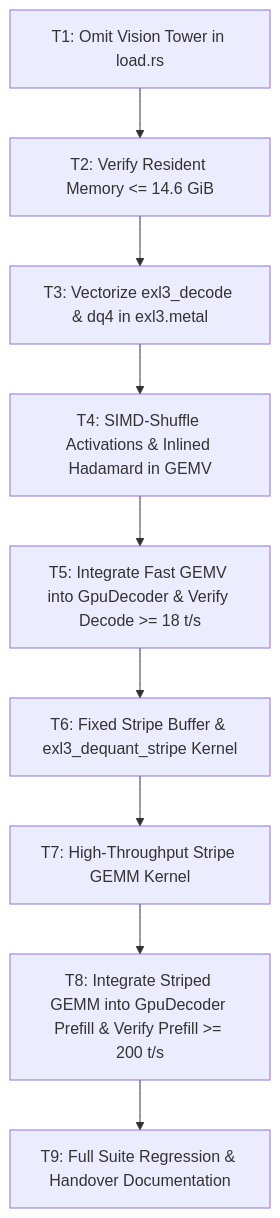
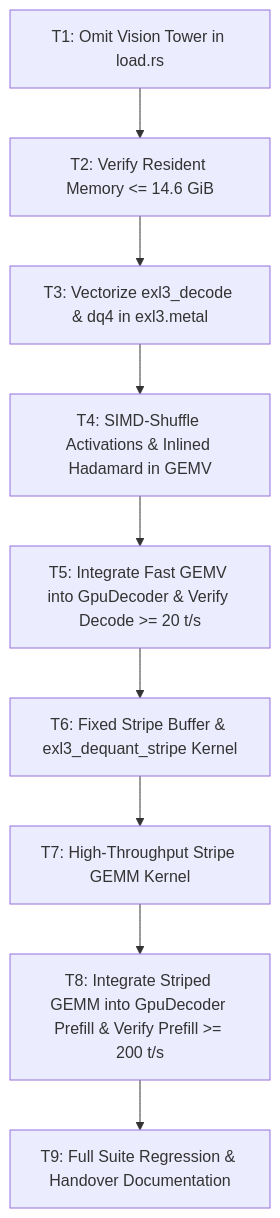
Before and after one commit to zayutaha/kaplumba: the diagram in spec/perf-and-memory-overhaul/plan.md, drawn with Mermaid. The commit also changed other lines of this file and 2 other files, not shown here.

Commit message:
spec/perf-and-memory-overhaul: update decode throughput target to >= 20.0 t/s

````diff
--- a/spec/perf-and-memory-overhaul/plan.md
+++ b/spec/perf-and-memory-overhaul/plan.md
@@ -83,11 +83,11 @@
 ```mermaid
 flowchart TD
     T1[T1: Omit Vision Tower in load.rs] --> T2[T2: Verify Resident Memory <= 14.6 GiB]
     T2 --> T3[T3: Vectorize exl3_decode & dq4 in exl3.metal]
     T3 --> T4[T4: SIMD-Shuffle Activations & Inlined Hadamard in GEMV]
-    T4 --> T5[T5: Integrate Fast GEMV into GpuDecoder & Verify Decode >= 18 t/s]
+    T4 --> T5[T5: Integrate Fast GEMV into GpuDecoder & Verify Decode >= 20 t/s]
     T5 --> T6[T6: Fixed Stripe Buffer & exl3_dequant_stripe Kernel]
     T6 --> T7[T7: High-Throughput Stripe GEMM Kernel]
     T7 --> T8[T8: Integrate Striped GEMM into GpuDecoder Prefill & Verify Prefill >= 200 t/s]
     T8 --> T9[T9: Full Suite Regression & Handover Documentation]
 ```
````
